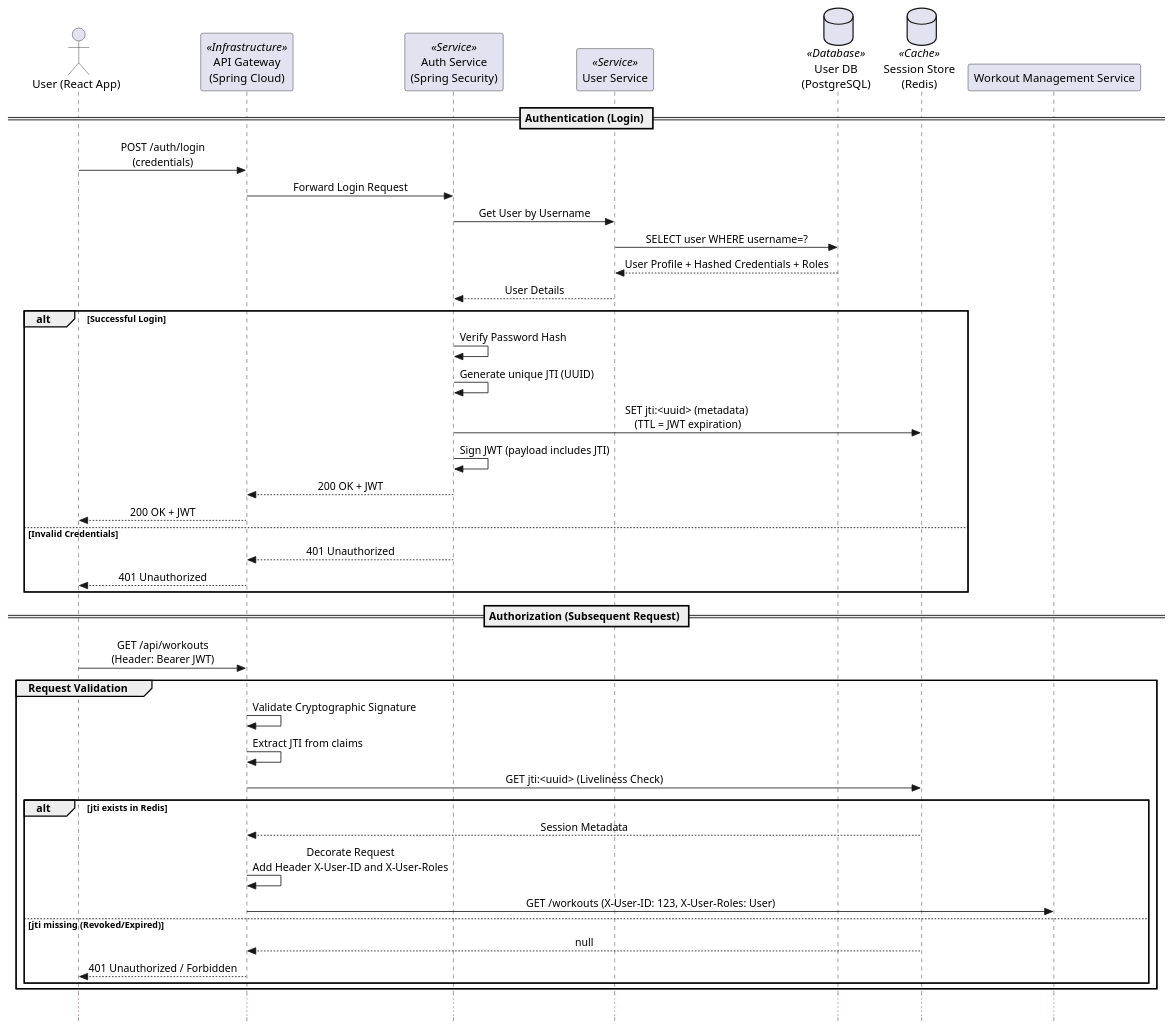
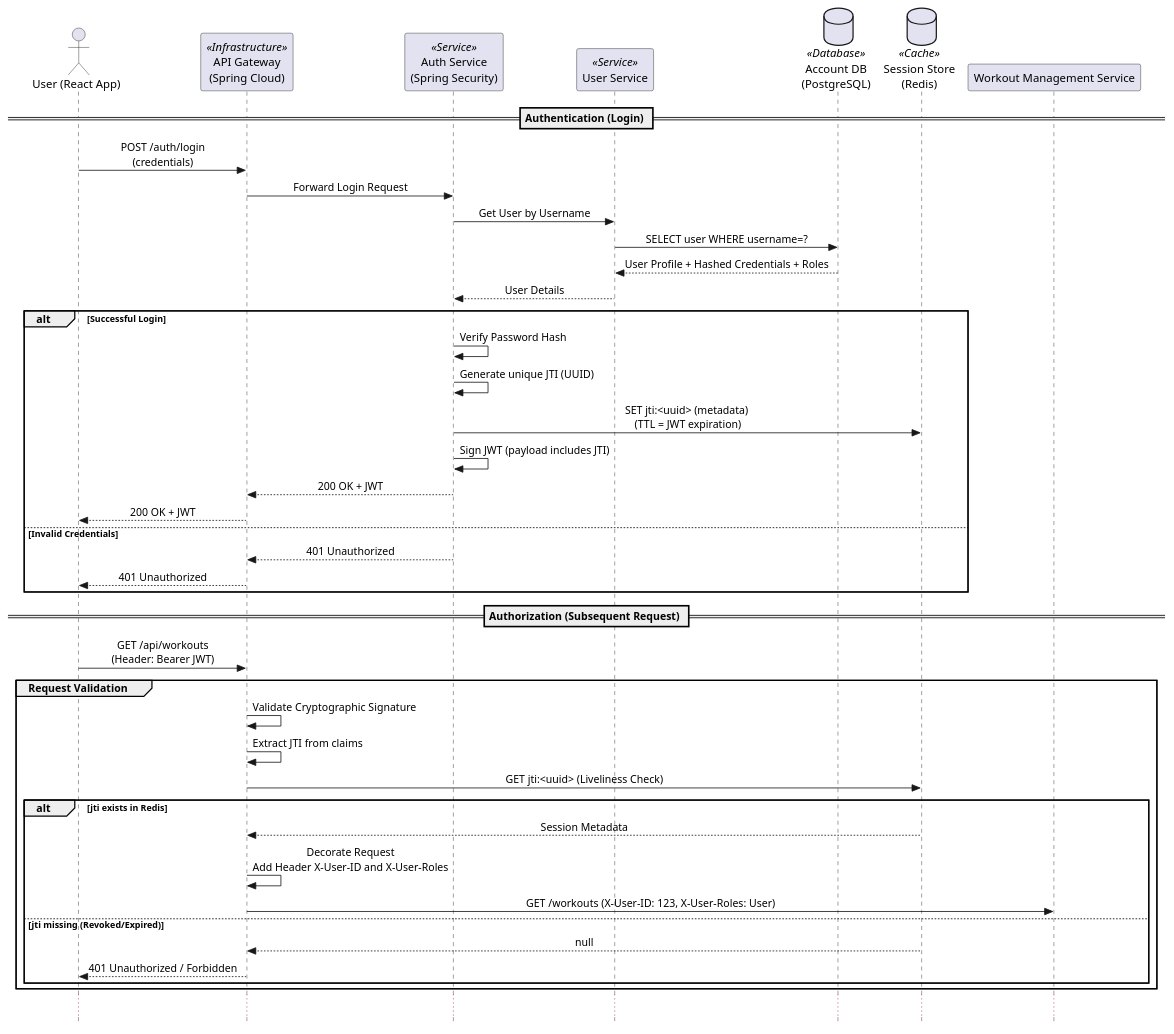
One commit to apratt3377/fitness-tracker-architecture-diagram changed the diagram in docs/images/auth.puml. Above: the diagram before and after it, drawn with PlantUML. The commit also changed 23 other files, not shown here.

```diff
--- a/docs/images/auth.puml
+++ b/docs/images/auth.puml
@@ -1,53 +1,53 @@
 @startuml
 skinparam Style strictuml
 skinparam sequenceMessageAlign center
 
 actor "User (React App)" as UI
 participant "API Gateway\n(Spring Cloud)" as GW <<Infrastructure>>
 participant "Auth Service\n(Spring Security)" as Auth <<Service>>
 participant "User Service" as UserSvc <<Service>>
-database "User DB\n(PostgreSQL)" as DB <<Database>>
+database "Account DB\n(PostgreSQL)" as DB <<Database>>
 database "Session Store\n(Redis)" as Redis <<Cache>>
 
 == Authentication (Login) ==
 
 UI -> GW : POST /auth/login\n(credentials)
 GW -> Auth : Forward Login Request
 
 Auth -> UserSvc : Get User by Username
 UserSvc -> DB : SELECT user WHERE username=?
 DB --> UserSvc : User Profile + Hashed Credentials + Roles
 UserSvc --> Auth : User Details
 
 alt Successful Login
     Auth -> Auth : Verify Password Hash
     Auth -> Auth : Generate unique JTI (UUID)
     Auth -> Redis : SET jti:<uuid> (metadata) \n(TTL = JWT expiration)
     Auth -> Auth : Sign JWT (payload includes JTI)
     Auth --> GW : 200 OK + JWT
     GW --> UI : 200 OK + JWT
 else Invalid Credentials
     Auth --> GW : 401 Unauthorized
     GW --> UI : 401 Unauthorized
 end
 
 == Authorization (Subsequent Request) ==
 
 UI -> GW : GET /api/workouts\n(Header: Bearer JWT)
 
 group Request Validation
     GW -> GW : Validate Cryptographic Signature
     GW -> GW : Extract JTI from claims
     GW -> Redis : GET jti:<uuid> (Liveliness Check)
     
     alt jti exists in Redis
         Redis --> GW : Session Metadata
         GW -> GW : Decorate Request\nAdd Header X-User-ID and X-User-Roles
         GW -> "Workout Management Service" : GET /workouts (X-User-ID: 123, X-User-Roles: User)
     else jti missing (Revoked/Expired)
         Redis --> GW : null
         GW --> UI : 401 Unauthorized / Forbidden
     end
 end
 ...
 @enduml
```
